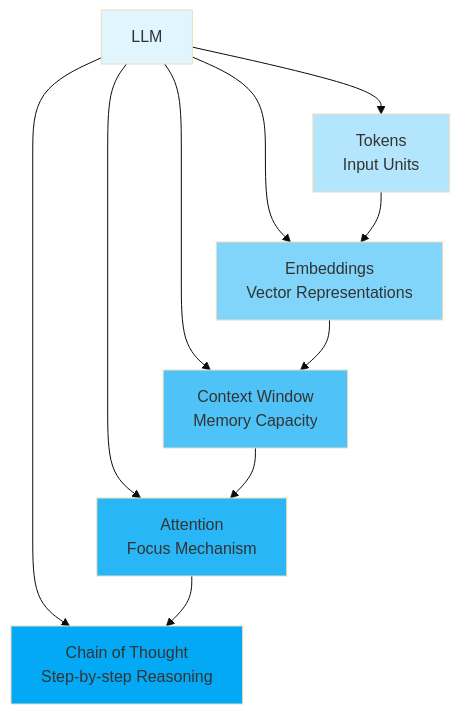
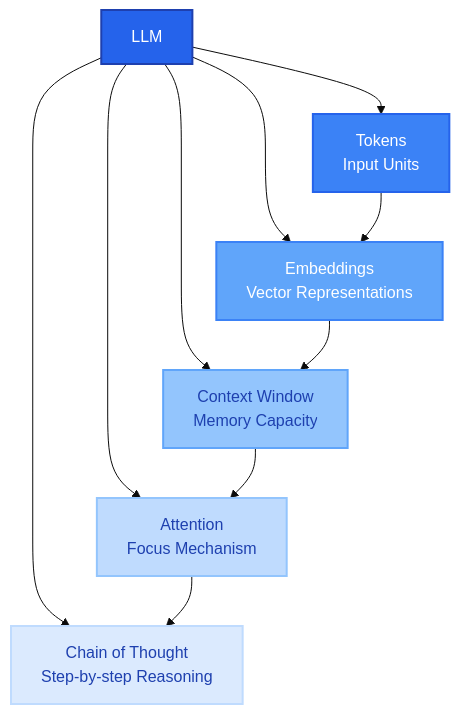
The second of 2 diagrams in 01-concepts/AI-Basics.md (cifuentescossio/ai-learning-notes), drawn with Mermaid (base theme) before and after one commit. The commit also changed other lines of this file and 1 other file, not shown here.

Commit message:
Update styles in AI-Basics and AI-Prompt-Engineering markdown files for improved visual consistency. Enhanced node styles with new colors and stroke properties for better clarity in diagrams.

````diff
--- a/01-concepts/AI-Basics.md
+++ b/01-concepts/AI-Basics.md
@@ -74,20 +74,20 @@
 ```mermaid
 graph TD
     A[LLM] --> B[Tokens<br/>Input Units]
     A --> C[Embeddings<br/>Vector Representations]
     A --> D[Context Window<br/>Memory Capacity]
     A --> E[Attention<br/>Focus Mechanism]
     A --> F[Chain of Thought<br/>Step-by-step Reasoning]
     
     B --> C
     C --> D
     D --> E
     E --> F
     
-    style A fill:#e1f5ff
-    style B fill:#b3e5fc
-    style C fill:#81d4fa
-    style D fill:#4fc3f7
-    style E fill:#29b6f6
-    style F fill:#03a9f4
+    style A fill:#2563eb,stroke:#1e40af,stroke-width:2px,color:#fff
+    style B fill:#3b82f6,stroke:#2563eb,stroke-width:2px,color:#fff
+    style C fill:#60a5fa,stroke:#3b82f6,stroke-width:2px,color:#fff
+    style D fill:#93c5fd,stroke:#60a5fa,stroke-width:2px,color:#1e40af
+    style E fill:#bfdbfe,stroke:#93c5fd,stroke-width:2px,color:#1e40af
+    style F fill:#dbeafe,stroke:#bfdbfe,stroke-width:2px,color:#1e40af
 ```
````
